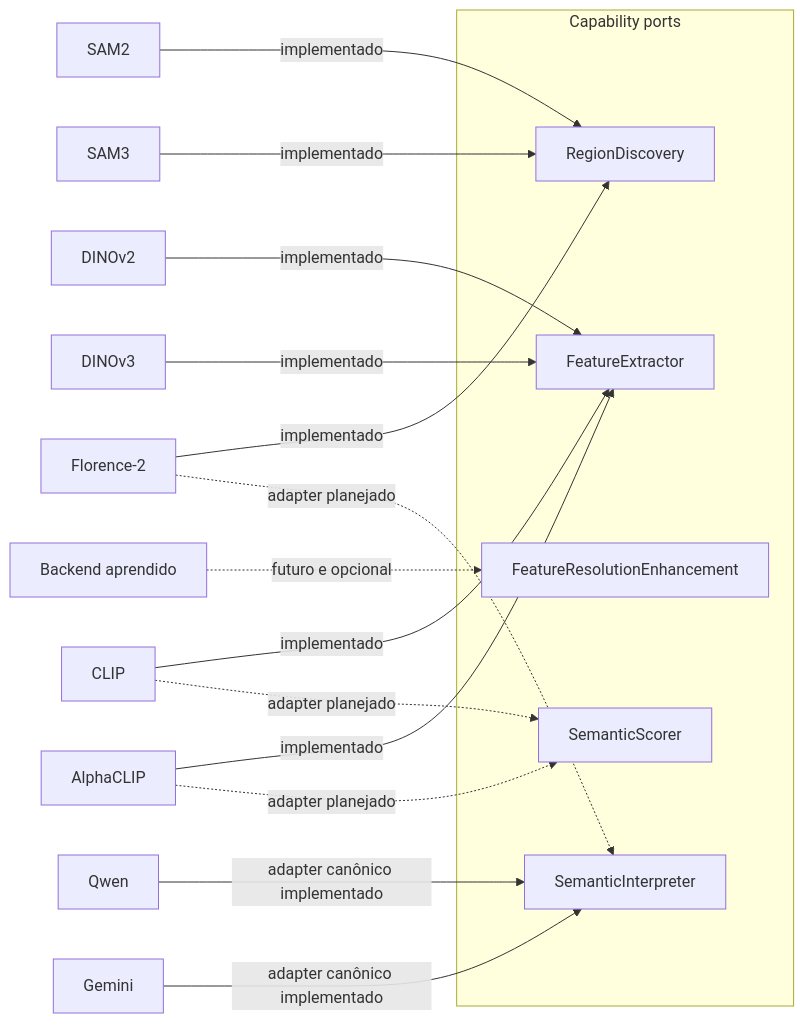
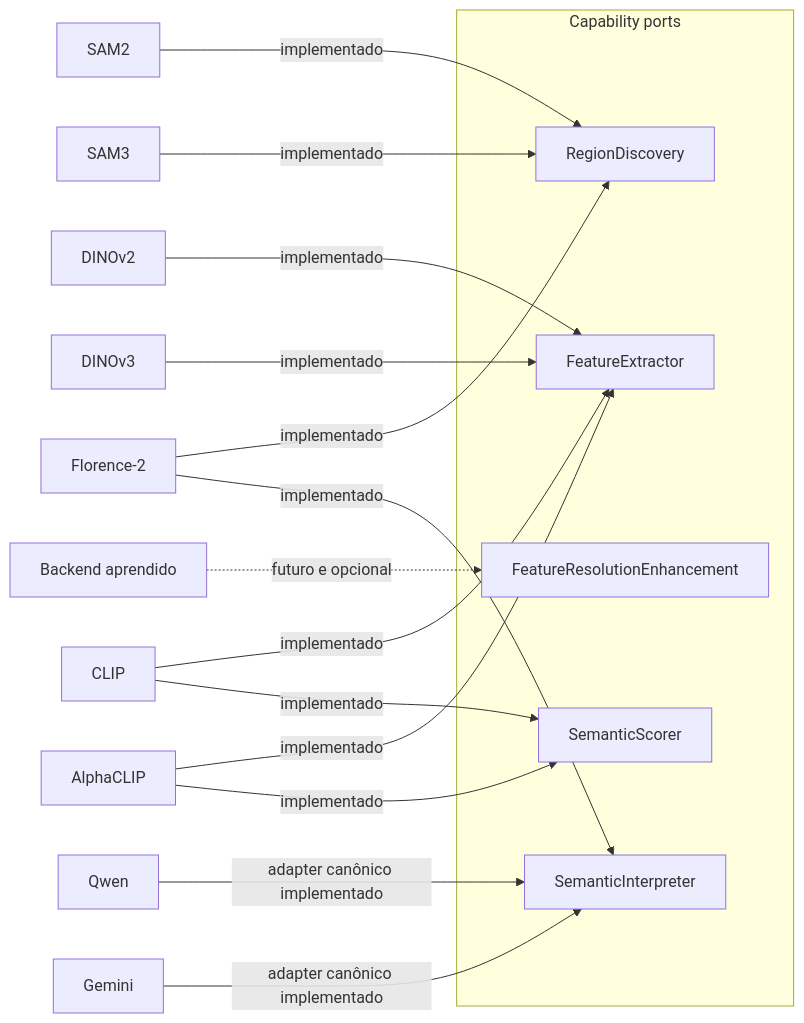
One commit to Alexandre-Tortoza/contextmap2 changed the diagram in src/contextmap/visual_perception/docs/ports.md. Above: the diagram before and after it, drawn with Mermaid. The commit also changed other lines of this file and 30 other files, not shown here.

````diff
--- a/src/contextmap/visual_perception/docs/ports.md
+++ b/src/contextmap/visual_perception/docs/ports.md
@@ -7,24 +7,24 @@
 ```mermaid
 flowchart LR
     subgraph PORTS[Capability ports]
         RD["RegionDiscovery"]
         FE["FeatureExtractor"]
         FRE["FeatureResolutionEnhancement"]
         SI["SemanticInterpreter"]
         SS["SemanticScorer"]
     end
 
     SAM2["SAM2"] -->|implementado| RD
     SAM3["SAM3"] -->|implementado| RD
     F2["Florence-2"] -->|implementado| RD
-    F2 -. adapter planejado .-> SI
+    F2 -->|implementado| SI
     D2["DINOv2"] -->|implementado| FE
     D3["DINOv3"] -->|implementado| FE
     CLIP["CLIP"] -->|implementado| FE
-    CLIP -. adapter planejado .-> SS
+    CLIP -->|implementado| SS
     ACLIP["AlphaCLIP"] -->|implementado| FE
-    ACLIP -. adapter planejado .-> SS
+    ACLIP -->|implementado| SS
     QWEN["Qwen"] -->|adapter canônico implementado| SI
     GEMINI["Gemini"] -->|adapter canônico implementado| SI
     ENH["Backend aprendido"] -. futuro e opcional .-> FRE
 ```
````
